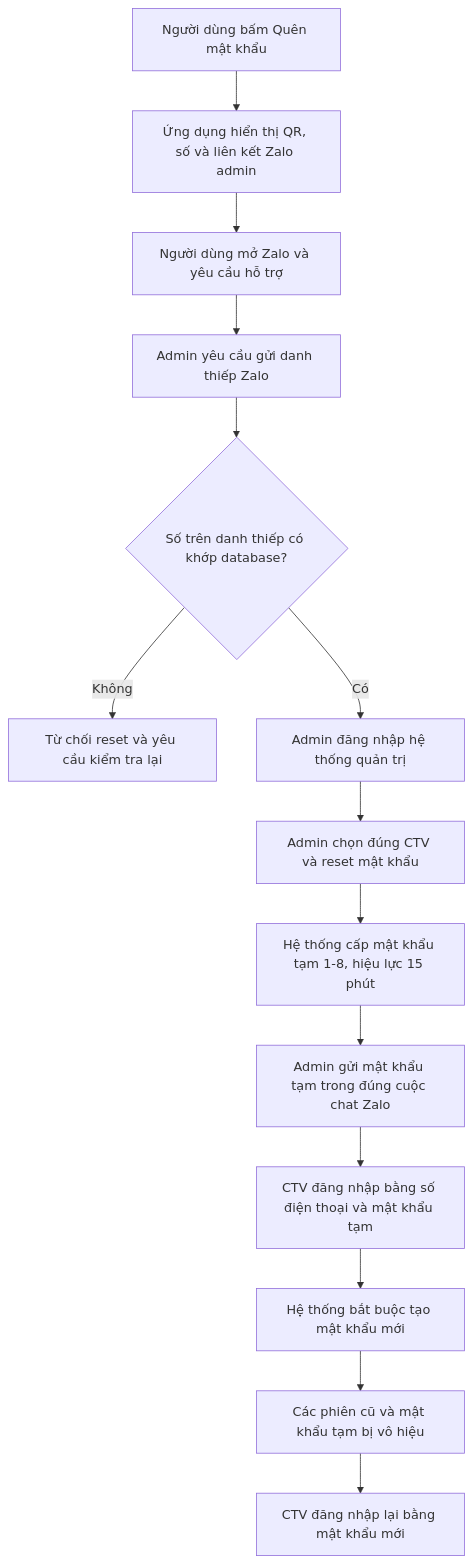
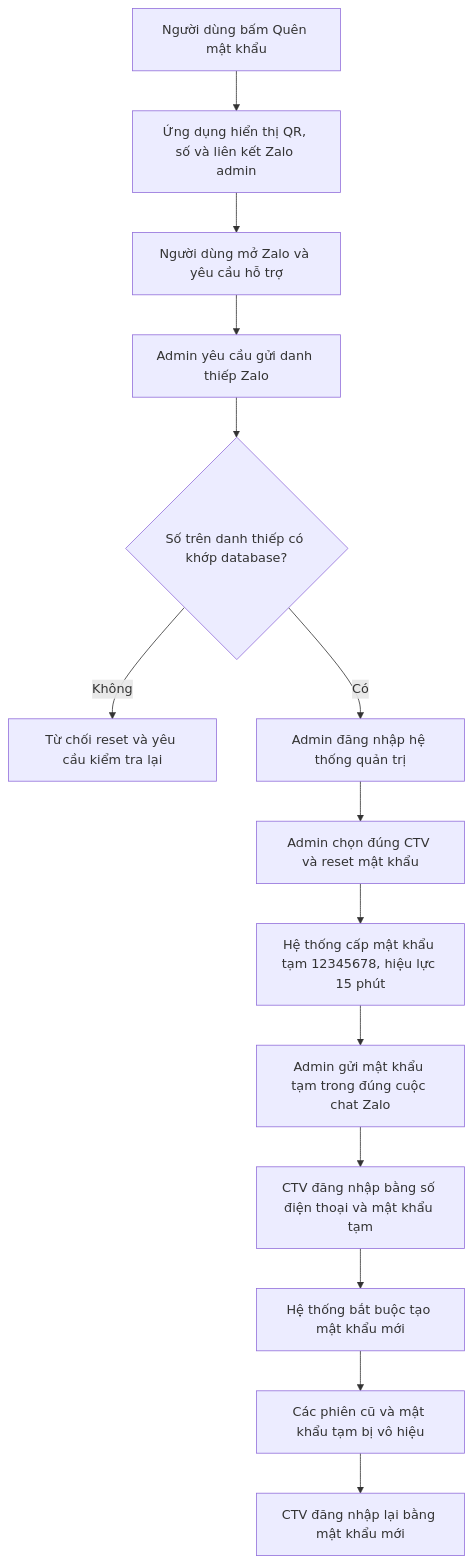
The diagram in docs/PASSWORD-RECOVERY-UPDATES.md (mike2261/ref-point-export-labor-tools), drawn with Mermaid before and after one commit. The commit also changed other lines of this file and 3 other files, not shown here.

````diff
--- a/docs/PASSWORD-RECOVERY-UPDATES.md
+++ b/docs/PASSWORD-RECOVERY-UPDATES.md
@@ -38,16 +38,16 @@
 ```mermaid
 flowchart TD
     A["Người dùng bấm Quên mật khẩu"] --> B["Ứng dụng hiển thị QR, số và liên kết Zalo admin"]
     B --> C["Người dùng mở Zalo và yêu cầu hỗ trợ"]
     C --> D["Admin yêu cầu gửi danh thiếp Zalo"]
     D --> E{"Số trên danh thiếp có khớp database?"}
     E -->|Không| F["Từ chối reset và yêu cầu kiểm tra lại"]
     E -->|Có| G["Admin đăng nhập hệ thống quản trị"]
     G --> H["Admin chọn đúng CTV và reset mật khẩu"]
-    H --> I["Hệ thống cấp mật khẩu tạm 1-8, hiệu lực 15 phút"]
+    H --> I["Hệ thống cấp mật khẩu tạm 12345678, hiệu lực 15 phút"]
     I --> J["Admin gửi mật khẩu tạm trong đúng cuộc chat Zalo"]
     J --> K["CTV đăng nhập bằng số điện thoại và mật khẩu tạm"]
     K --> L["Hệ thống bắt buộc tạo mật khẩu mới"]
     L --> M["Các phiên cũ và mật khẩu tạm bị vô hiệu"]
     M --> N["CTV đăng nhập lại bằng mật khẩu mới"]
 ```
````
